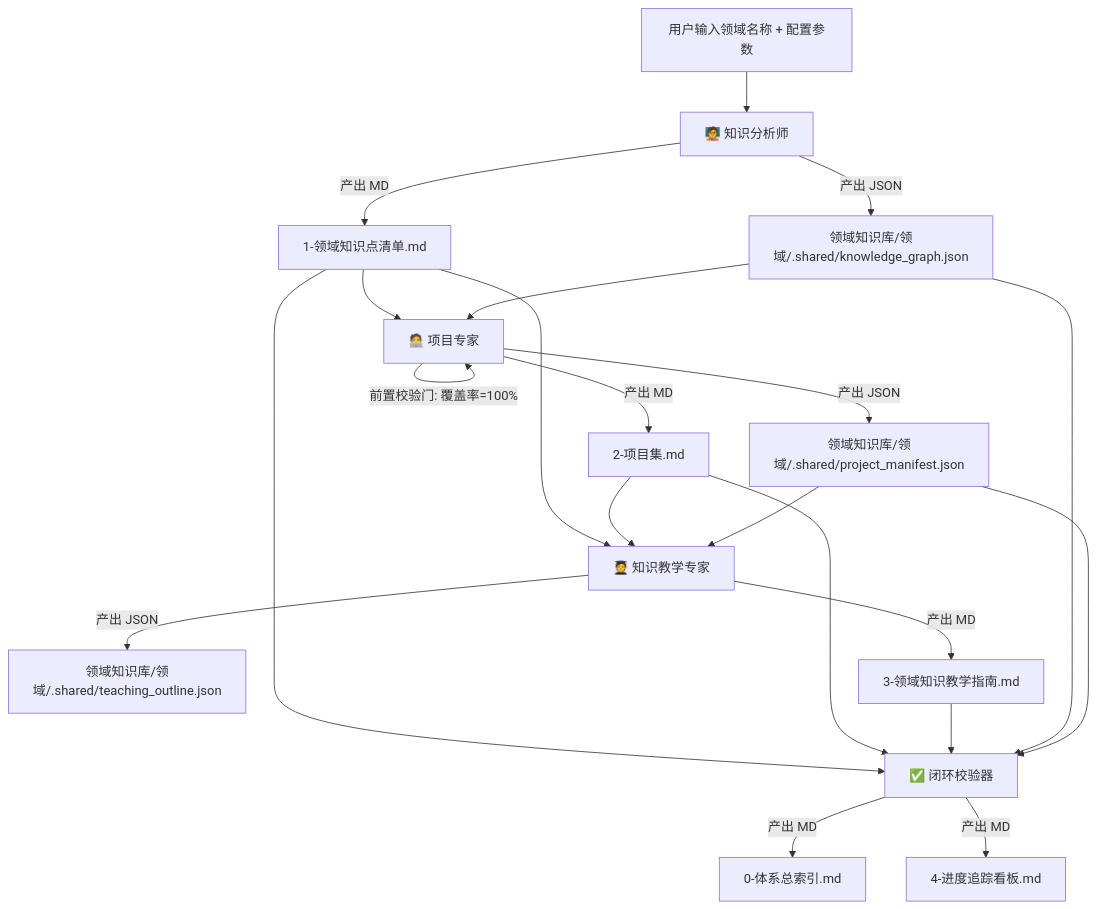
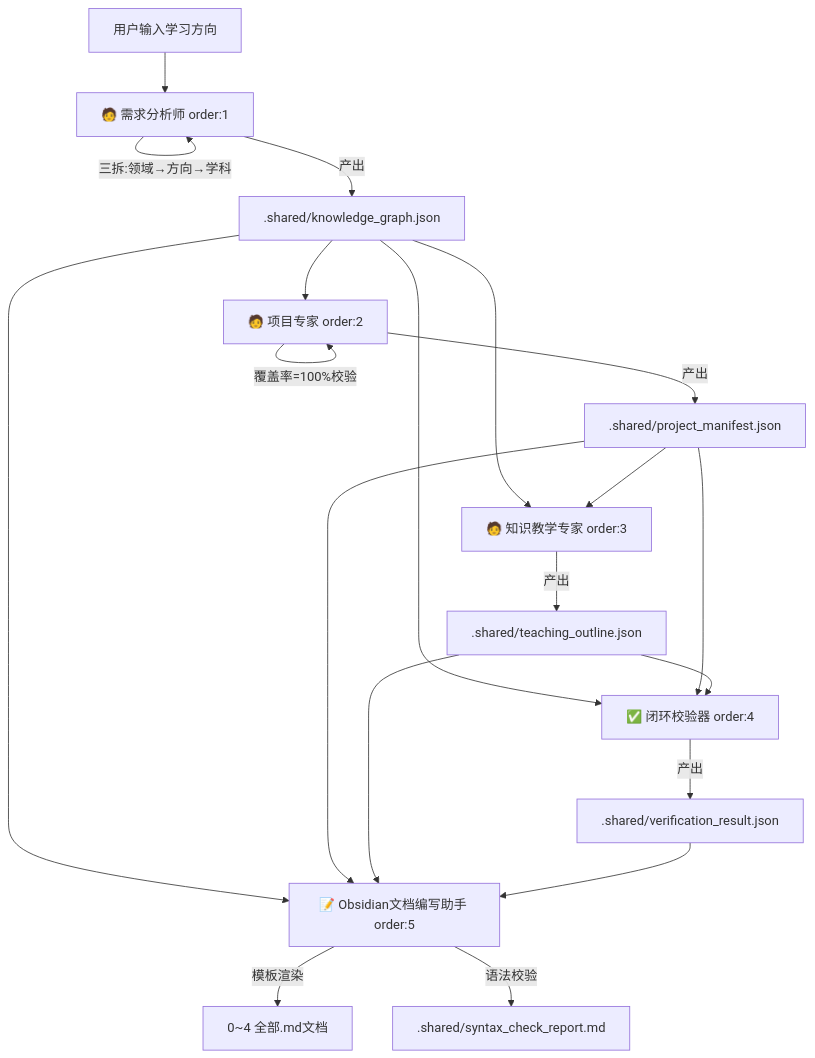
Before and after one commit to LiuYuanSong753/KnowledgeEngineOrchestrator: the diagram in README.md, drawn with Mermaid. The commit also changed other lines of this file and 27 other files, not shown here.

````diff
--- a/README.md
+++ b/README.md
@@ -47,26 +48,26 @@
 ```mermaid
 flowchart TD
-    A[用户输入领域名称 + 配置参数] --> B[🧑‍🏫 知识分析师]
-    B -->|产出 JSON| D[领域知识库/领域/.shared/knowledge_graph.json]
-    B -->|产出 MD| C[1-领域知识点清单.md]
+    A[用户输入学习方向] --> B[🧑 需求分析师 order:1]
+    B -->|三拆:领域→方向→学科| B
+    B -->|产出| D[.shared/knowledge_graph.json]
     
-    C --> E[🧑‍💻 项目专家]
-    D --> E
-    E -->|前置校验门: 覆盖率=100%| E
-    E -->|产出 JSON| H[领域知识库/领域/.shared/project_manifest.json]
-    E -->|产出 MD| F[2-项目集.md]
+    D --> E[🧑 项目专家 order:2]
+    E -->|覆盖率=100%校验| E
+    E -->|产出| F[.shared/project_manifest.json]
     
-    C --> I[🧑‍🎓 知识教学专家]
+    D --> G[🧑 知识教学专家 order:3]
+    F --> G
+    G -->|产出| H[.shared/teaching_outline.json]
+    
+    D --> I[✅ 闭环校验器 order:4]
     F --> I
     H --> I
-    I -->|产出 JSON| J[领域知识库/领域/.shared/teaching_outline.json]
-    I -->|产出 MD| K[3-领域知识教学指南.md]
+    I -->|产出| J[.shared/verification_result.json]
     
-    C --> L[✅ 闭环校验器]
-    F --> L
-    K --> L
-    D --> L
-    H --> L
-    L -->|产出 MD| M[0-体系总索引.md]
-    L -->|产出 MD| N[4-进度追踪看板.md]
+    D --> K[📝 Obsidian文档编写助手 order:5]
+    F --> K
+    H --> K
+    J --> K
+    K -->|模板渲染| L[0~4 全部.md文档]
+    K -->|语法校验| M[.shared/syntax_check_report.md]
 ```
````
